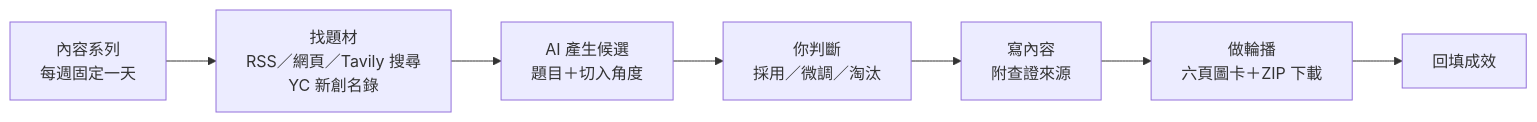
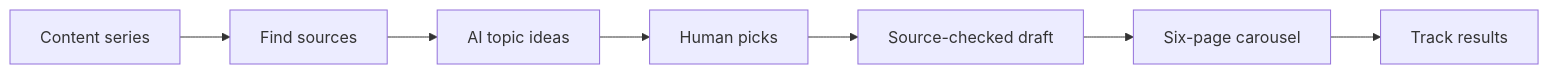
Before and after one commit to Hunter20041004/daibu-content-brain: the diagram in README.md, drawn with Mermaid. The commit also changed other lines of this file, not shown here.

````diff
--- a/README.md
+++ b/README.md
@@ -11,9 +23,4 @@
 ```mermaid
 flowchart LR
-  A[內容系列<br>每週固定一天] --> B[找題材<br>RSS／網頁／Tavily 搜尋<br>YC 新創名錄]
-  B --> C[AI 產生候選<br>題目＋切入角度]
-  C --> D[你判斷<br>採用／微調／淘汰]
-  D --> E[寫內容<br>附查證來源]
-  E --> F[做輪播<br>六頁圖卡＋ZIP 下載]
-  F --> G[回填成效]
+  A[Content series] --> B[Find sources] --> C[AI topic ideas] --> D[Human picks] --> E[Source-checked draft] --> F[Six-page carousel] --> G[Track results]
 ```
````
